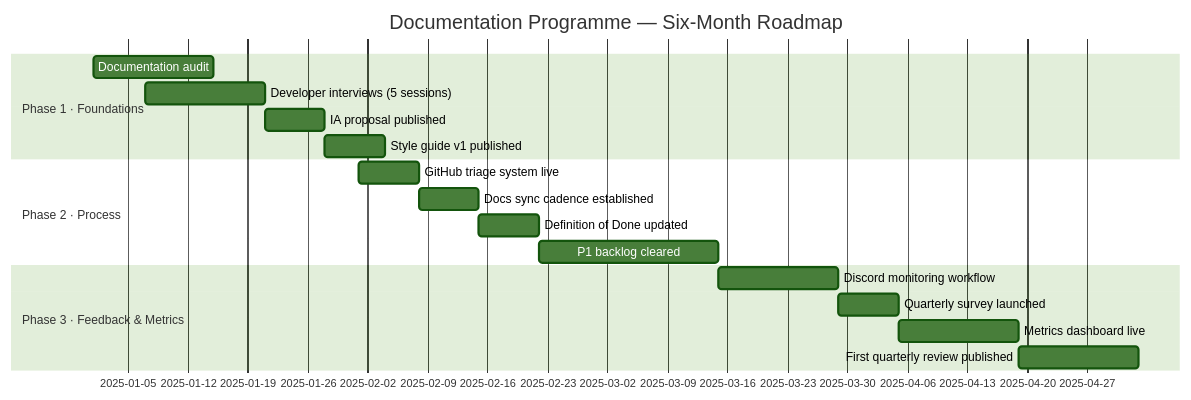
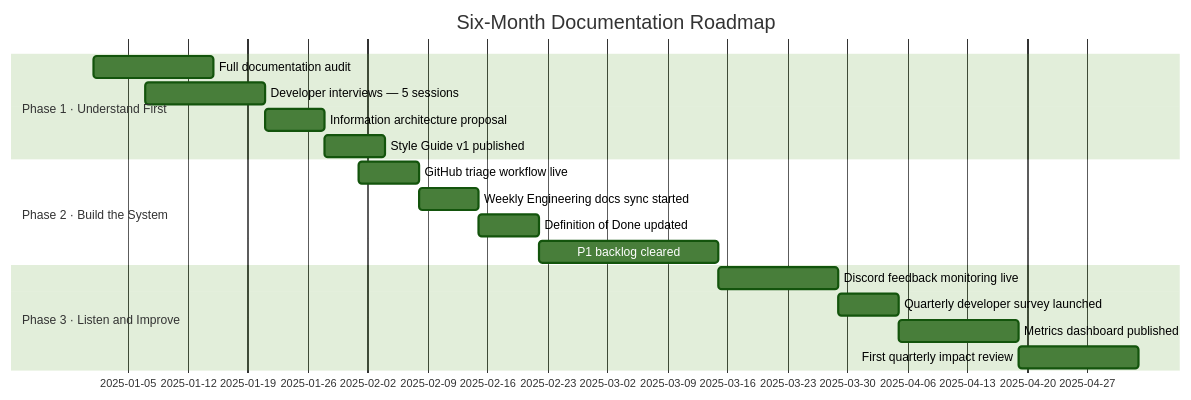
Before and after one commit to cercuit-ola/MidnightNetwork_Documentation: the ninth of 9 diagrams in Midnight-TW-Assessment-v2-Samuel-Okediji (1).md, drawn with Mermaid (forest theme). The commit also changed other lines of this file, not shown here.

````diff
--- a/Midnight-TW-Assessment-v2-Samuel-Okediji (1).md
+++ b/Midnight-TW-Assessment-v2-Samuel-Okediji (1).md
@@ -719,22 +731,23 @@
 ```mermaid
 gantt
-    title Documentation Programme — Six-Month Roadmap
+    title Six-Month Documentation Roadmap
     dateFormat  YYYY-MM-DD
-    section Phase 1 · Foundations
-    Documentation audit               :a1, 2025-01-01, 14d
-    Developer interviews (5 sessions) :a2, 2025-01-07, 14d
-    IA proposal published             :a3, after a2,   7d
-    Style guide v1 published          :a4, after a3,   7d
 
-    section Phase 2 · Process
-    GitHub triage system live         :b1, 2025-02-01, 7d
-    Docs sync cadence established     :b2, after b1,   7d
-    Definition of Done updated        :b3, after b2,   7d
-    P1 backlog cleared                :b4, after b3,   21d
+    section Phase 1 · Understand First
+    Full documentation audit               :a1, 2025-01-01, 14d
+    Developer interviews — 5 sessions      :a2, 2025-01-07, 14d
+    Information architecture proposal      :a3, after a2,   7d
+    Style Guide v1 published               :a4, after a3,   7d
 
-    section Phase 3 · Feedback & Metrics
-    Discord monitoring workflow       :c1, 2025-03-15, 14d
-    Quarterly survey launched         :c2, after c1,   7d
-    Metrics dashboard live            :c3, after c2,   14d
-    First quarterly review published  :c4, after c3,   14d
+    section Phase 2 · Build the System
+    GitHub triage workflow live            :b1, 2025-02-01, 7d
+    Weekly Engineering docs sync started   :b2, after b1,   7d
+    Definition of Done updated             :b3, after b2,   7d
+    P1 backlog cleared                     :b4, after b3,   21d
+
+    section Phase 3 · Listen and Improve
+    Discord feedback monitoring live       :c1, 2025-03-15, 14d
+    Quarterly developer survey launched    :c2, after c1,   7d
+    Metrics dashboard published            :c3, after c2,   14d
+    First quarterly impact review          :c4, after c3,   14d
 ```
````
